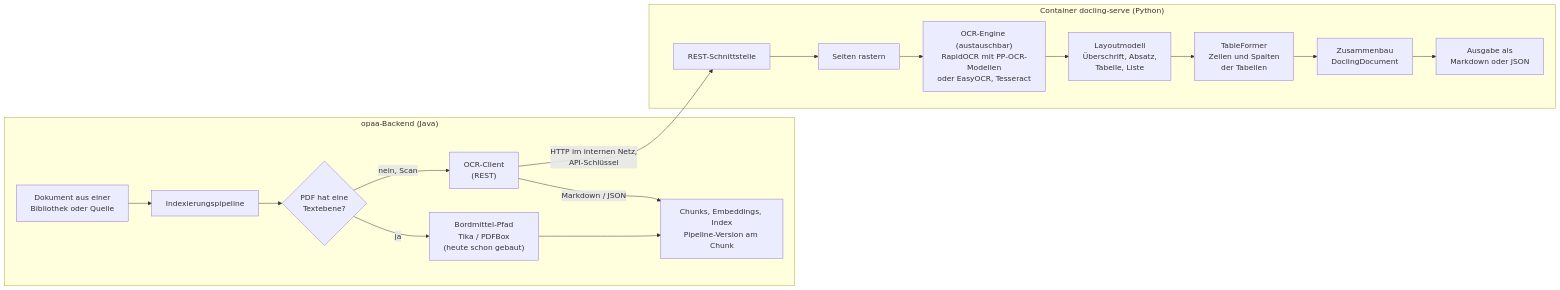
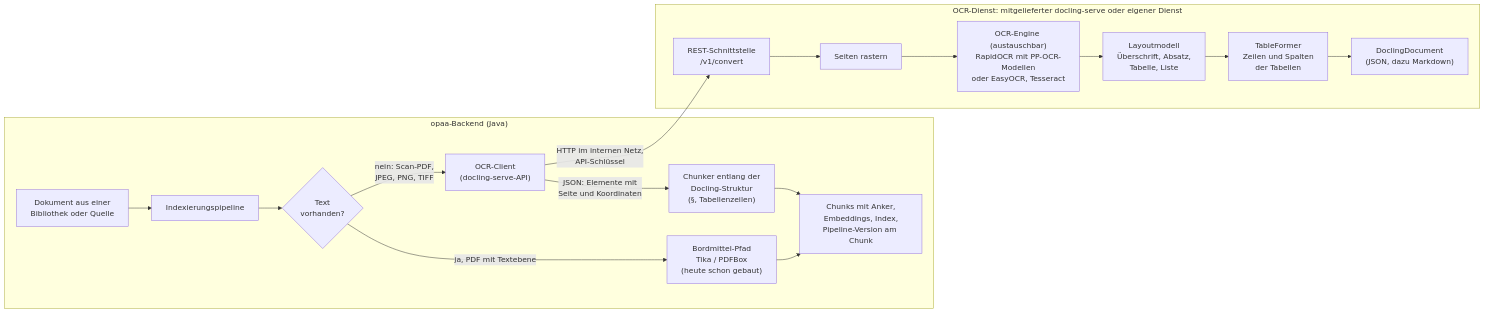
Before and after one commit to criew/opaa: the diagram in eval/ocr-poc/REPORT.md, drawn with Mermaid. The commit also changed other lines of this file, not shown here.

First line of the commit message:
docs(eval): OCR-PoC um Schnittstelle, Bilddateien und Fundstellen bei Scans ergänzen

````diff
--- a/eval/ocr-poc/REPORT.md
+++ b/eval/ocr-poc/REPORT.md
@@ -29,22 +29,22 @@
 ```mermaid
 flowchart LR
     subgraph opaa["opaa-Backend (Java)"]
         D["Dokument aus einer<br/>Bibliothek oder Quelle"] --> P["Indexierungspipeline"]
-        P --> W{"PDF hat eine<br/>Textebene?"}
-        W -- ja --> T["Bordmittel-Pfad<br/>Tika / PDFBox<br/>(heute schon gebaut)"]
-        W -- "nein, Scan" --> C["OCR-Client<br/>(REST)"]
-        T --> K["Chunks, Embeddings, Index<br/>Pipeline-Version am Chunk"]
-        C -- "Markdown / JSON" --> K
+        P --> W{"Text<br/>vorhanden?"}
+        W -- "ja, PDF mit Textebene" --> T["Bordmittel-Pfad<br/>Tika / PDFBox<br/>(heute schon gebaut)"]
+        W -- "nein: Scan-PDF,<br/>JPEG, PNG, TIFF" --> C["OCR-Client<br/>(docling-serve-API)"]
+        C -- "JSON: Elemente mit<br/>Seite und Koordinaten" --> CH["Chunker entlang der<br/>Docling-Struktur<br/>(§, Tabellenzeilen)"]
+        T --> K["Chunks mit Anker,<br/>Embeddings, Index,<br/>Pipeline-Version am Chunk"]
+        CH --> K
     end
 
     C -- "HTTP im internen Netz,<br/>API-Schlüssel" --> S
 
-    subgraph svc["Container docling-serve (Python)"]
-        S["REST-Schnittstelle"] --> R["Seiten rastern"]
+    subgraph svc["OCR-Dienst: mitgelieferter docling-serve oder eigener Dienst"]
+        S["REST-Schnittstelle<br/>/v1/convert"] --> R["Seiten rastern"]
         R --> O["OCR-Engine (austauschbar)<br/>RapidOCR mit PP-OCR-Modellen<br/>oder EasyOCR, Tesseract"]
         O --> L["Layoutmodell<br/>Überschrift, Absatz,<br/>Tabelle, Liste"]
         L --> TF["TableFormer<br/>Zeilen und Spalten<br/>der Tabellen"]
-        TF --> A["Zusammenbau<br/>DoclingDocument"]
-        A --> M["Ausgabe als<br/>Markdown oder JSON"]
+        TF --> A["DoclingDocument<br/>(JSON, dazu Markdown)"]
     end
 ```
````
